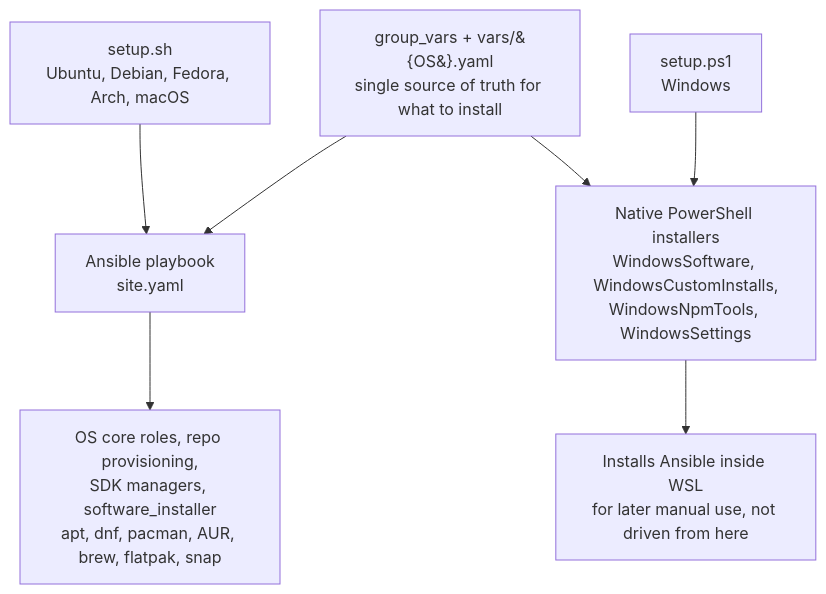
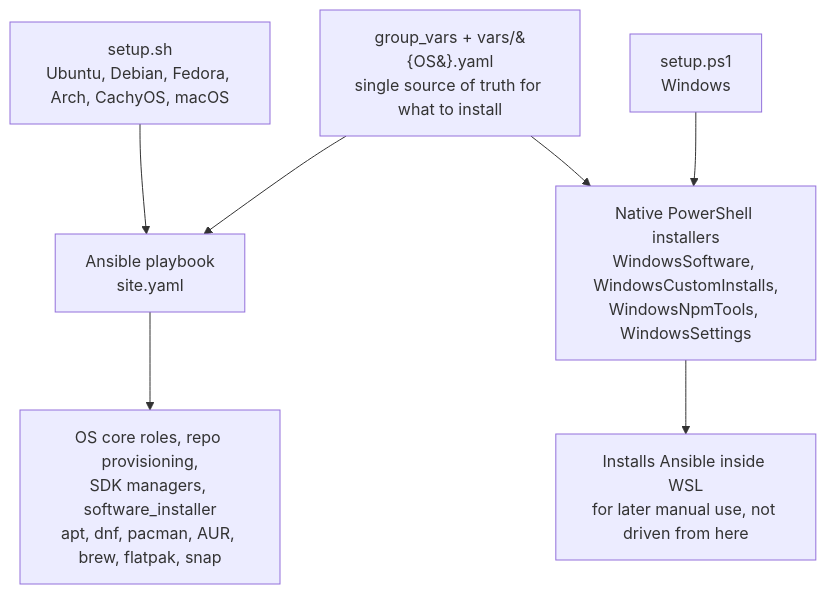
One commit to Lukk17/InstallationHelper changed the diagram in README.md. Above: the diagram before and after it, drawn with Mermaid. The commit also changed other lines of this file and 18 other files, not shown here.

````diff
--- a/README.md
+++ b/README.md
@@ -52,11 +52,11 @@
 ```mermaid
 flowchart TD
     accTitle: Two execution paths sharing one toggle source
     accDescr: setup.sh drives the Ansible playbook on the five Unix-like families. setup.ps1 drives native PowerShell installers on Windows and only touches WSL to install Ansible there for later use. Both read the same group_vars and vars/OS.yaml files.
-    A[setup.sh<br/>Ubuntu, Debian, Fedora, Arch, macOS] --> E[Ansible playbook<br/>site.yaml]
+    A[setup.sh<br/>Ubuntu, Debian, Fedora, Arch, CachyOS, macOS] --> E[Ansible playbook<br/>site.yaml]
     T[group_vars + vars/&#123;OS&#125;.yaml<br/>single source of truth for what to install] --> E
     T --> W
     E --> G[OS core roles, repo provisioning,<br/>SDK managers, software_installer<br/>apt, dnf, pacman, AUR, brew, flatpak, snap]
     B[setup.ps1<br/>Windows] --> W[Native PowerShell installers<br/>WindowsSoftware, WindowsCustomInstalls,<br/>WindowsNpmTools, WindowsSettings]
     W --> WSL[Installs Ansible inside WSL<br/>for later manual use, not driven from here]
 ```
````
